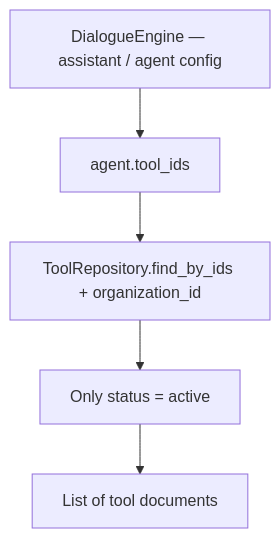
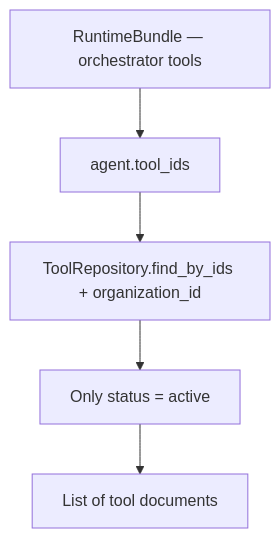
One commit to shehan-jayasinghe/bot-builder changed the second of 4 diagrams in backend/document/tools/03-execute-tool-at-chat-diagrams.md. Above: the diagram before and after it, drawn with Mermaid. The commit also changed other lines of this file and 23 other files, not shown here.

````diff
--- a/backend/document/tools/03-execute-tool-at-chat-diagrams.md
+++ b/backend/document/tools/03-execute-tool-at-chat-diagrams.md
@@ -57,9 +57,9 @@
 ```mermaid
 flowchart TB
-    ENGINE[DialogueEngine — assistant / agent config]
+    ENGINE[RuntimeBundle — orchestrator tools]
 
     ENGINE --> IDS[agent.tool_ids]
     IDS --> REPO[ToolRepository.find_by_ids + organization_id]
     REPO --> FILTER[Only status = active]
     FILTER --> TOOLS[List of tool documents]
 ```
````
